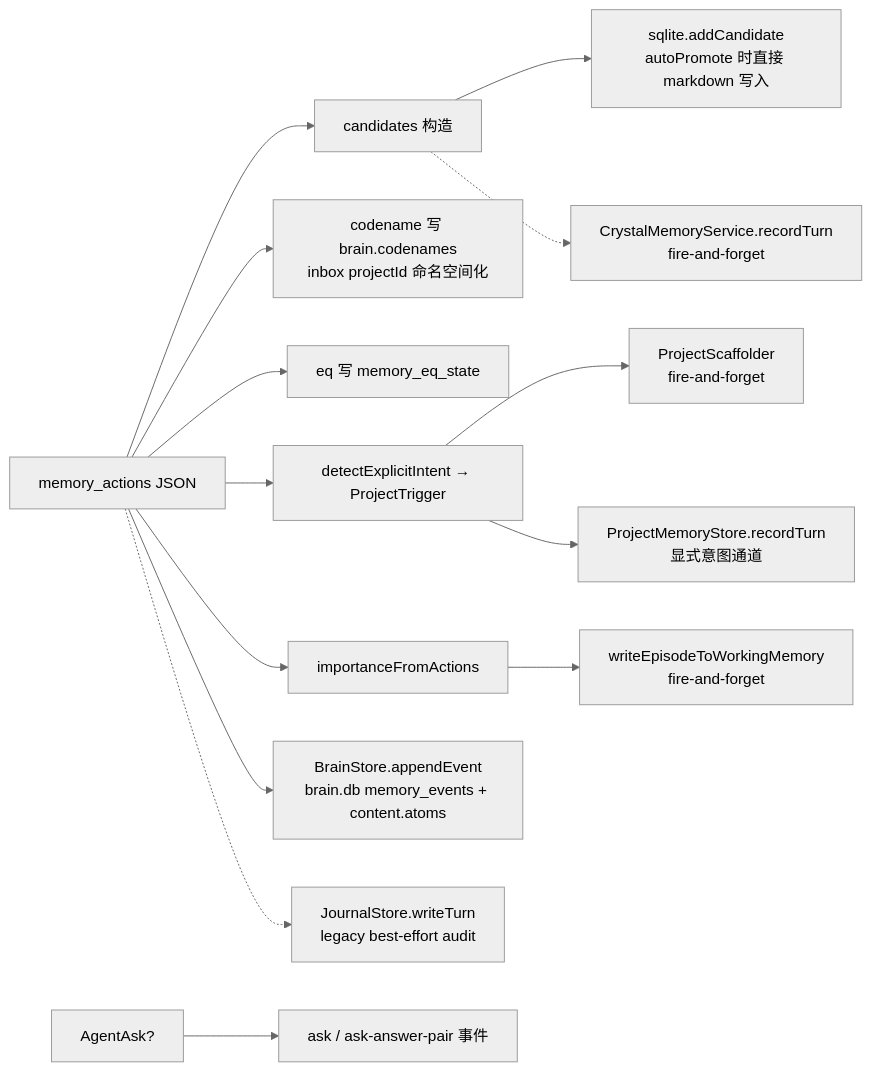
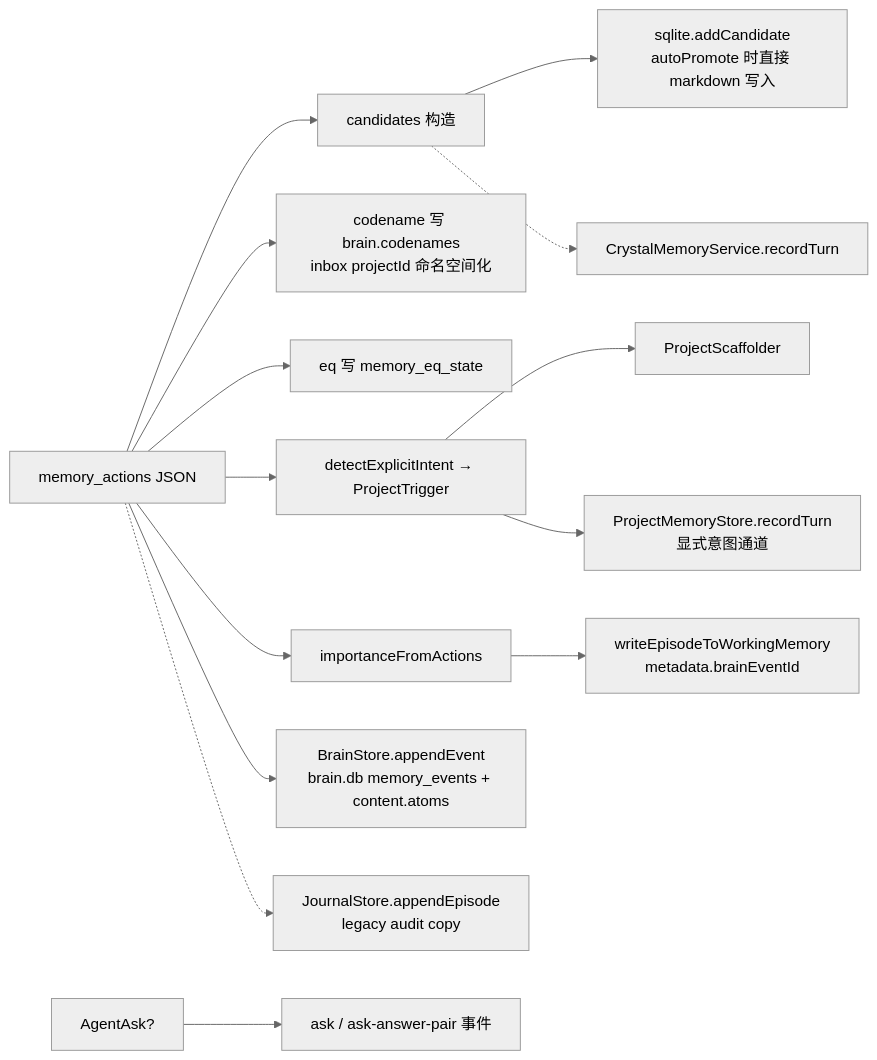
Before and after one commit to flyflor/flyflor: the fifth of 5 diagrams in docs/runtime.turn.md, drawn with Mermaid (neutral theme). The commit also changed other lines of this file and 7 other files, not shown here.

````diff
--- a/docs/runtime.turn.md
+++ b/docs/runtime.turn.md
@@ -192,16 +192,16 @@
 ```mermaid
 flowchart LR
     Action[memory_actions JSON] --> Cand[candidates 构造]
     Action --> Codename[codename 写 brain.codenames<br/>inbox projectId 命名空间化]
     Action --> Eq[eq 写 memory_eq_state]
     Action --> Trig[detectExplicitIntent → ProjectTrigger]
     Action --> Imp[importanceFromActions]
     Ask[AgentAsk?] --> BrainAsk[ask / ask-answer-pair 事件]
-    Imp --> WorkEp[writeEpisodeToWorkingMemory<br/>fire-and-forget]
-    Trig --> ScaffoldP[ProjectScaffolder<br/>fire-and-forget]
+    Imp --> WorkEp[writeEpisodeToWorkingMemory<br/>metadata.brainEventId]
+    Trig --> ScaffoldP[ProjectScaffolder]
     Cand --> SqliteCand[sqlite.addCandidate<br/>autoPromote 时直接 markdown 写入]
     Trig --> ProjectMem[ProjectMemoryStore.recordTurn<br/>显式意图通道]
     Action --> BrainEvent[BrainStore.appendEvent<br/>brain.db memory_events + content.atoms]
-    Action -.-> JournalRec[JournalStore.writeTurn<br/>legacy best-effort audit]
-    Cand -.-> CrystalAsync[CrystalMemoryService.recordTurn<br/>fire-and-forget]
+    Action -.-> JournalRec[JournalStore.appendEpisode<br/>legacy audit copy]
+    Cand -.-> CrystalAsync[CrystalMemoryService.recordTurn]
 ```
````
